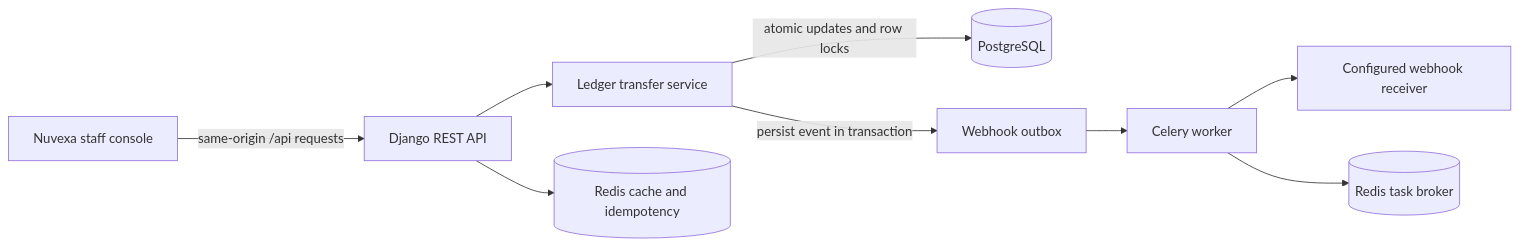
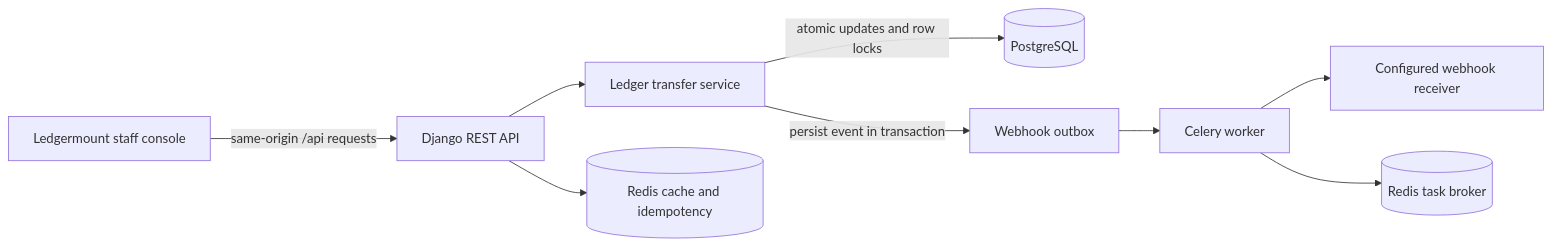
One commit to animshamura/Ledgermount changed the diagram in README.md. Above: the diagram before and after it, drawn with Mermaid. The commit also changed other lines of this file and 13 other files, not shown here.

````diff
--- a/README.md
+++ b/README.md
@@ -48,11 +48,11 @@
 ```mermaid
 flowchart LR
-    Browser[Nuvexa staff console] -->|same-origin /api requests| API[Django REST API]
+    Browser[Ledgermount staff console] -->|same-origin /api requests| API[Django REST API]
     API --> Service[Ledger transfer service]
     Service -->|atomic updates and row locks| DB[(PostgreSQL)]
     Service -->|persist event in transaction| Outbox[Webhook outbox]
     Outbox --> Worker[Celery worker]
     Worker --> Partner[Configured webhook receiver]
     API --> Cache[(Redis cache and idempotency)]
     Worker --> Broker[(Redis task broker)]
 ```
````
